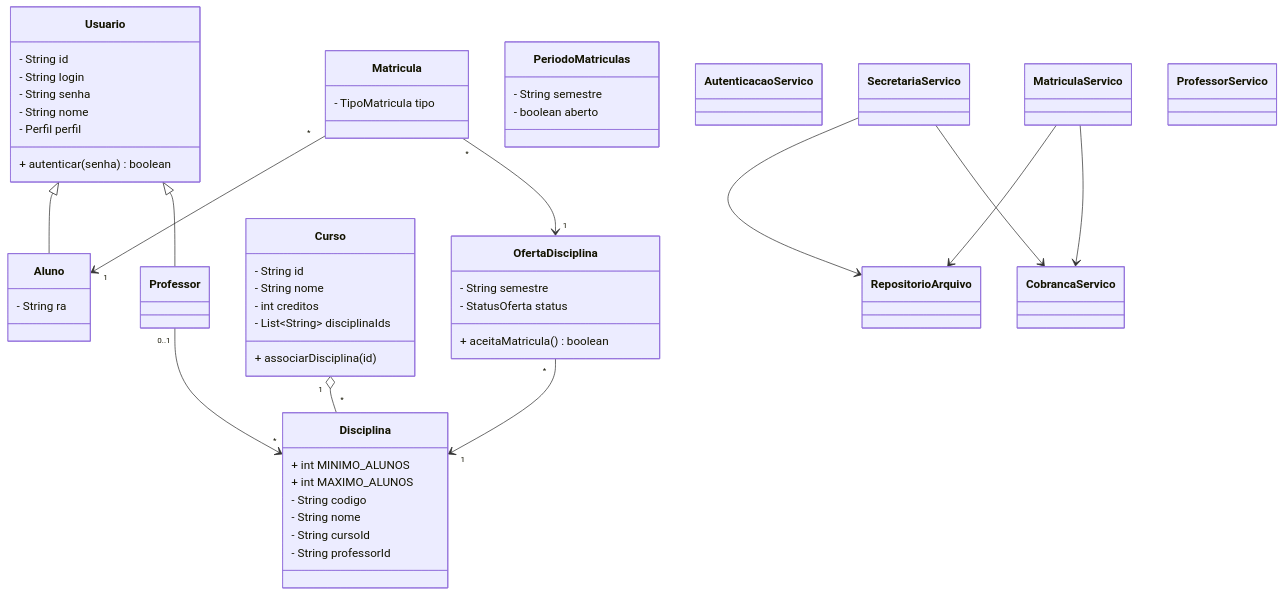
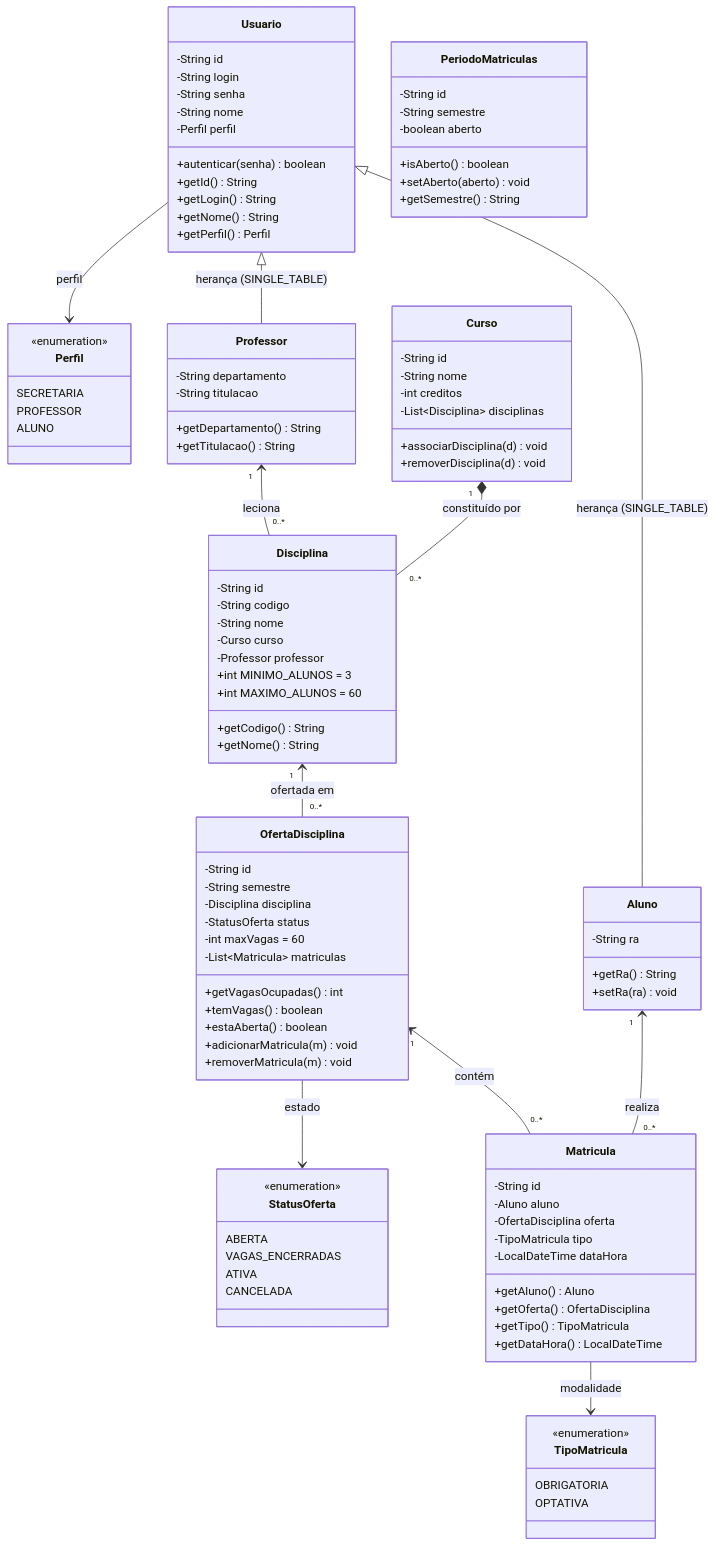
Before and after one commit to leticiaafigueiredo/lab02: the first of 2 diagrams in docs/diagrama-de-classes.md, drawn with Mermaid. The commit also changed other lines of this file and 9 other files, not shown here.

Commit message:
feat: integracao com Docker e atualizacao completa dos diagramas UML de classes e casos de uso

````diff
--- a/docs/diagrama-de-classes.md
+++ b/docs/diagrama-de-classes.md
@@ -5,60 +7,120 @@
 ```mermaid
 classDiagram
+    direction TB
+
+    class Perfil {
+        <<enumeration>>
+        SECRETARIA
+        PROFESSOR
+        ALUNO
+    }
+
+    class StatusOferta {
+        <<enumeration>>
+        ABERTA
+        VAGAS_ENCERRADAS
+        ATIVA
+        CANCELADA
+    }
+
+    class TipoMatricula {
+        <<enumeration>>
+        OBRIGATORIA
+        OPTATIVA
+    }
+
     class Usuario {
-        - String id
-        - String login
-        - String senha
-        - String nome
-        - Perfil perfil
-        + autenticar(senha) boolean
+        -String id
+        -String login
+        -String senha
+        -String nome
+        -Perfil perfil
+        +autenticar(senha) boolean
+        +getId() String
+        +getLogin() String
+        +getNome() String
+        +getPerfil() Perfil
     }
+
     class Aluno {
-        - String ra
+        -String ra
+        +getRa() String
+        +setRa(ra) void
     }
-    class Professor
+
+    class Professor {
+        -String departamento
+        -String titulacao
+        +getDepartamento() String
+        +getTitulacao() String
+    }
+
     class Curso {
-        - String id
-        - String nome
-        - int creditos
-        - List~String~ disciplinaIds
-        + associarDisciplina(id)
+        -String id
+        -String nome
+        -int creditos
+        -List~Disciplina~ disciplinas
+        +associarDisciplina(d) void
+        +removerDisciplina(d) void
     }
+
     class Disciplina {
-        + int MINIMO_ALUNOS
-        + int MAXIMO_ALUNOS
-        - String codigo
-        - String nome
-        - String cursoId
-        - String professorId
+        -String id
+        -String codigo
+        -String nome
+        -Curso curso
+        -Professor professor
+        +int MINIMO_ALUNOS = 3
+        +int MAXIMO_ALUNOS = 60
+        +getCodigo() String
+        +getNome() String
     }
+
     class OfertaDisciplina {
-        - String semestre
-        - StatusOferta status
-        + aceitaMatricula() boolean
+        -String id
+        -String semestre
+        -Disciplina disciplina
+        -StatusOferta status
+        -int maxVagas = 60
+        -List~Matricula~ matriculas
+        +getVagasOcupadas() int
+        +temVagas() boolean
+        +estaAberta() boolean
+        +adicionarMatricula(m) void
+        +removerMatricula(m) void
     }
+
     class Matricula {
-        - TipoMatricula tipo
+        -String id
+        -Aluno aluno
+        -OfertaDisciplina oferta
+        -TipoMatricula tipo
+        -LocalDateTime dataHora
+        +getAluno() Aluno
+        +getOferta() OfertaDisciplina
+        +getTipo() TipoMatricula
+        +getDataHora() LocalDateTime
     }
+
     class PeriodoMatriculas {
-        - String semestre
-        - boolean aberto
+        -String id
+        -String semestre
+        -boolean aberto
+        +isAberto() boolean
+        +setAberto(aberto) void
+        +getSemestre() String
     }
-    Usuario <|-- Aluno
-    Usuario <|-- Professor
-    Curso "1" o-- "*" Disciplina
-    Professor "0..1" --> "*" Disciplina
-    OfertaDisciplina "*" --> "1" Disciplina
-    Matricula "*" --> "1" Aluno
-    Matricula "*" --> "1" OfertaDisciplina
 
-    class AutenticacaoServico
-    class SecretariaServico
-    class MatriculaServico
-    class ProfessorServico
-    class CobrancaServico
-    class RepositorioArquivo
-    SecretariaServico --> RepositorioArquivo
-    MatriculaServico --> RepositorioArquivo
-    MatriculaServico --> CobrancaServico
-    SecretariaServico --> CobrancaServico
+    Usuario <|-- Aluno : herança (SINGLE_TABLE)
+    Usuario <|-- Professor : herança (SINGLE_TABLE)
+    Usuario --> Perfil : perfil
+
+    Curso "1" *-- "0..*" Disciplina : constituído por
+    Professor "1" <-- "0..*" Disciplina : leciona
+    Disciplina "1" <-- "0..*" OfertaDisciplina : ofertada em
+    OfertaDisciplina --> StatusOferta : estado
+
+    Aluno "1" <-- "0..*" Matricula : realiza
+    OfertaDisciplina "1" <-- "0..*" Matricula : contém
+    Matricula --> TipoMatricula : modalidade
 ```
````
